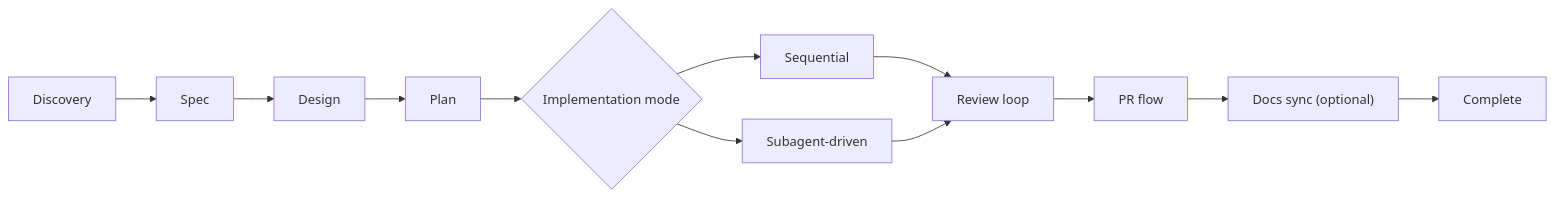
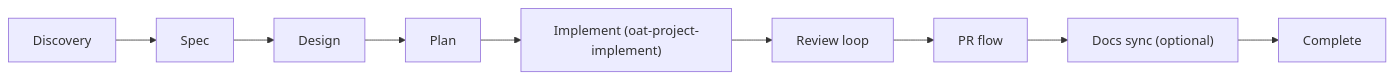
One commit to tkstang/open-agent-toolkit changed the first of 5 diagrams in apps/oat-docs/docs/workflows/projects/lifecycle.md. Above: the diagram before and after it, drawn with Mermaid. The commit also changed other lines of this file and 90 other files, not shown here.

Commit message:
feat(oat): evolve oat-project-implement to phase-subagent model (#58)

````diff
--- a/apps/oat-docs/docs/workflows/projects/lifecycle.md
+++ b/apps/oat-docs/docs/workflows/projects/lifecycle.md
@@ -34,12 +34,8 @@
 ```mermaid
 flowchart LR
   D["Discovery"] --> S["Spec"] --> G["Design"] --> P["Plan"]
-  P --> M{"Implementation mode"}
-  M --> I1["Sequential"]
-  M --> I2["Subagent-driven"]
-  I1 --> R["Review loop"]
-  I2 --> R
-  R --> PR["PR flow"]
+  P --> I["Implement (oat-project-implement)"]
+  I --> R["Review loop"] --> PR["PR flow"]
   PR --> DOC["Docs sync (optional)"]
   DOC --> C["Complete"]
 ```
````
